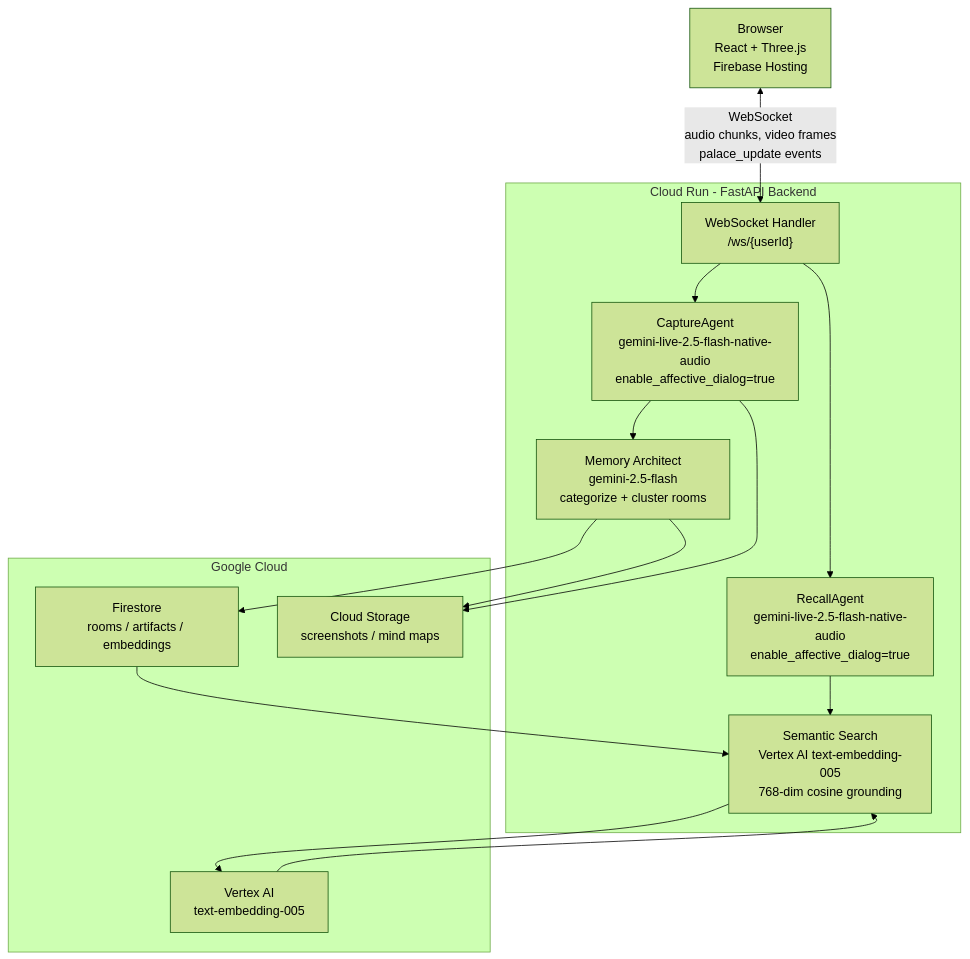
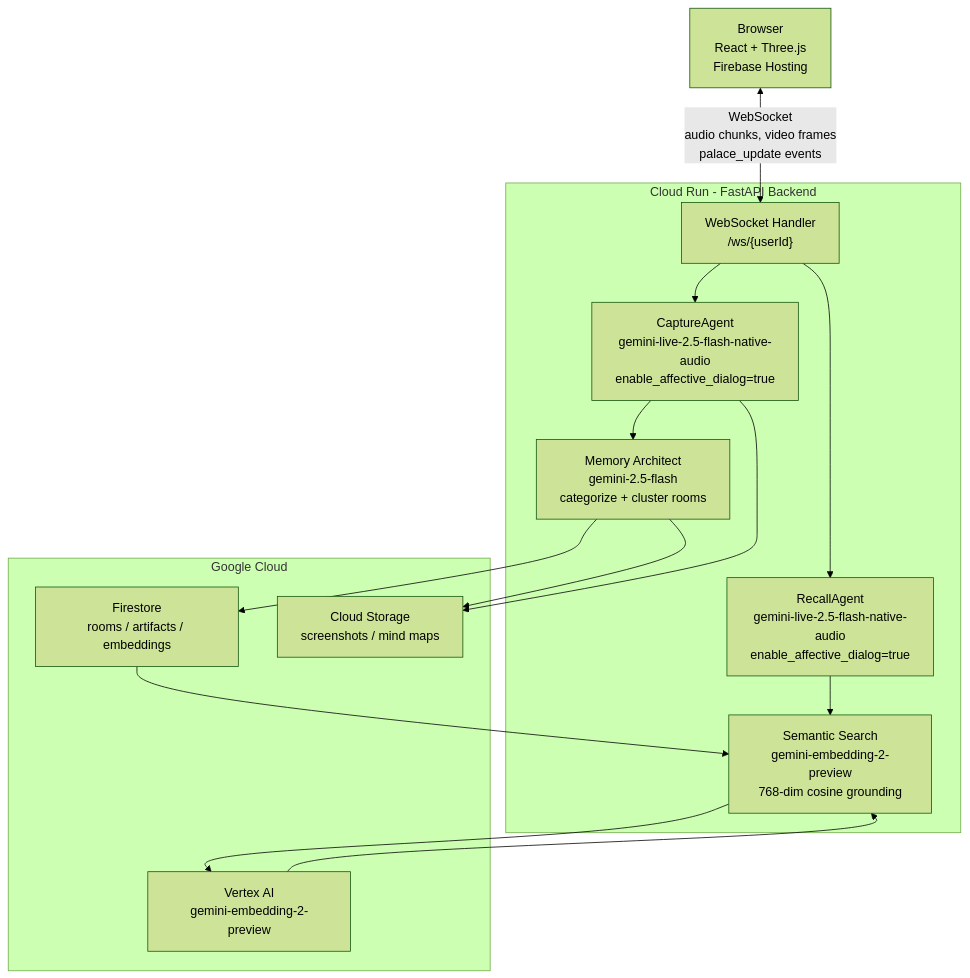
The diagram in README.md (yelnady/rayan), drawn with Mermaid (forest theme) before and after one commit. The commit also changed other lines of this file and 1 other file, not shown here.

Commit message:
docs: update landing page and readme to reflect gemini-embedding-2 upgrade

````diff
--- a/README.md
+++ b/README.md
@@ -295,30 +295,30 @@
 ```mermaid
 graph TD
     Browser["Browser\nReact + Three.js\nFirebase Hosting"]
 
     subgraph CloudRun["Cloud Run  -  FastAPI Backend"]
         WS["WebSocket Handler\n/ws/{userId}"]
         CA["CaptureAgent\ngemini-live-2.5-flash-native-audio\nenable_affective_dialog=true"]
         RA["RecallAgent\ngemini-live-2.5-flash-native-audio\nenable_affective_dialog=true"]
         MA["Memory Architect\ngemini-2.5-flash\ncategorize + cluster rooms"]
-        SS["Semantic Search\nVertex AI text-embedding-005\n768-dim cosine grounding"]
+        SS["Semantic Search\ngemini-embedding-2-preview\n768-dim cosine grounding"]
     end
 
     subgraph GCP["Google Cloud"]
         FS["Firestore\nrooms / artifacts / embeddings"]
         GCS["Cloud Storage\nscreenshots / mind maps"]
-        VAI["Vertex AI\ntext-embedding-005"]
+        VAI["Vertex AI\ngemini-embedding-2-preview"]
     end
 
     Browser <-->|"WebSocket\naudio chunks, video frames\npalace_update events"| WS
     WS --> CA
     WS --> RA
     CA --> MA
     RA --> SS
     SS --> VAI
     VAI --> SS
     MA --> FS
     MA --> GCS
     FS --> SS
     CA --> GCS
 ```
````
